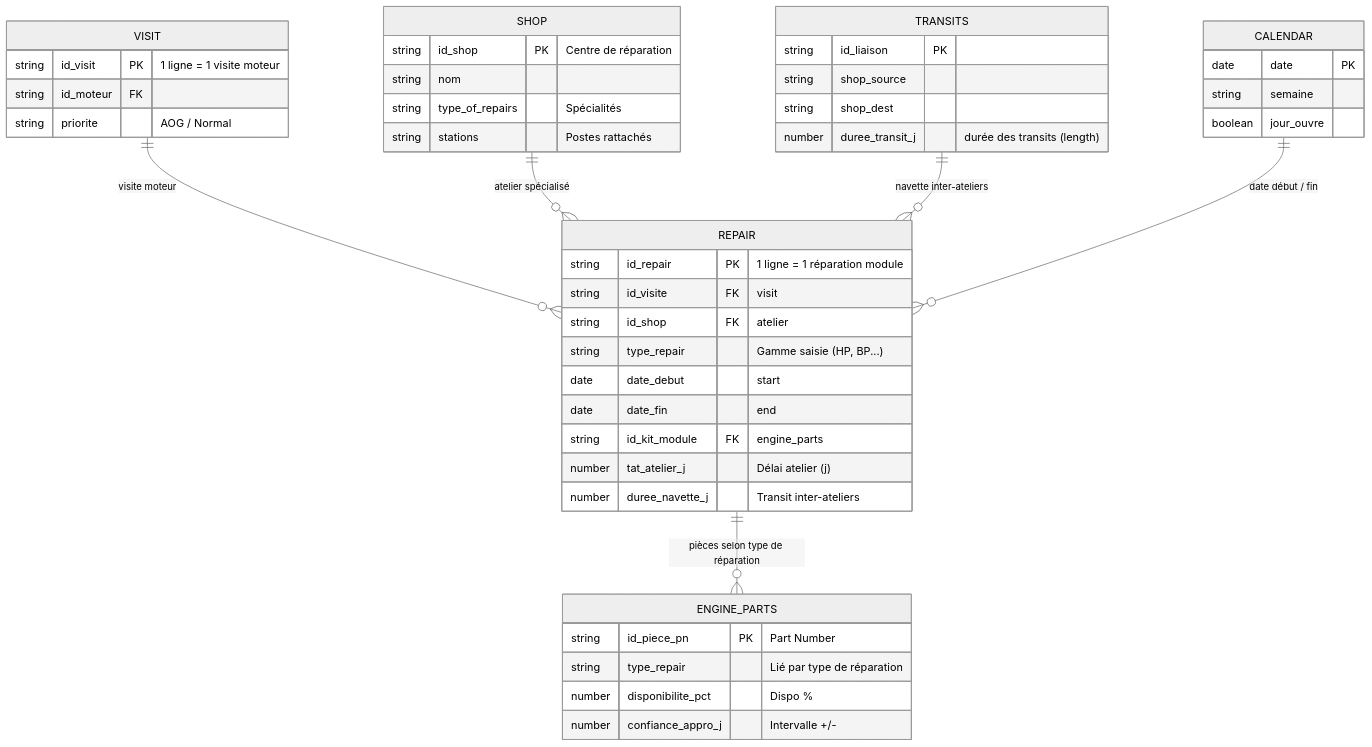
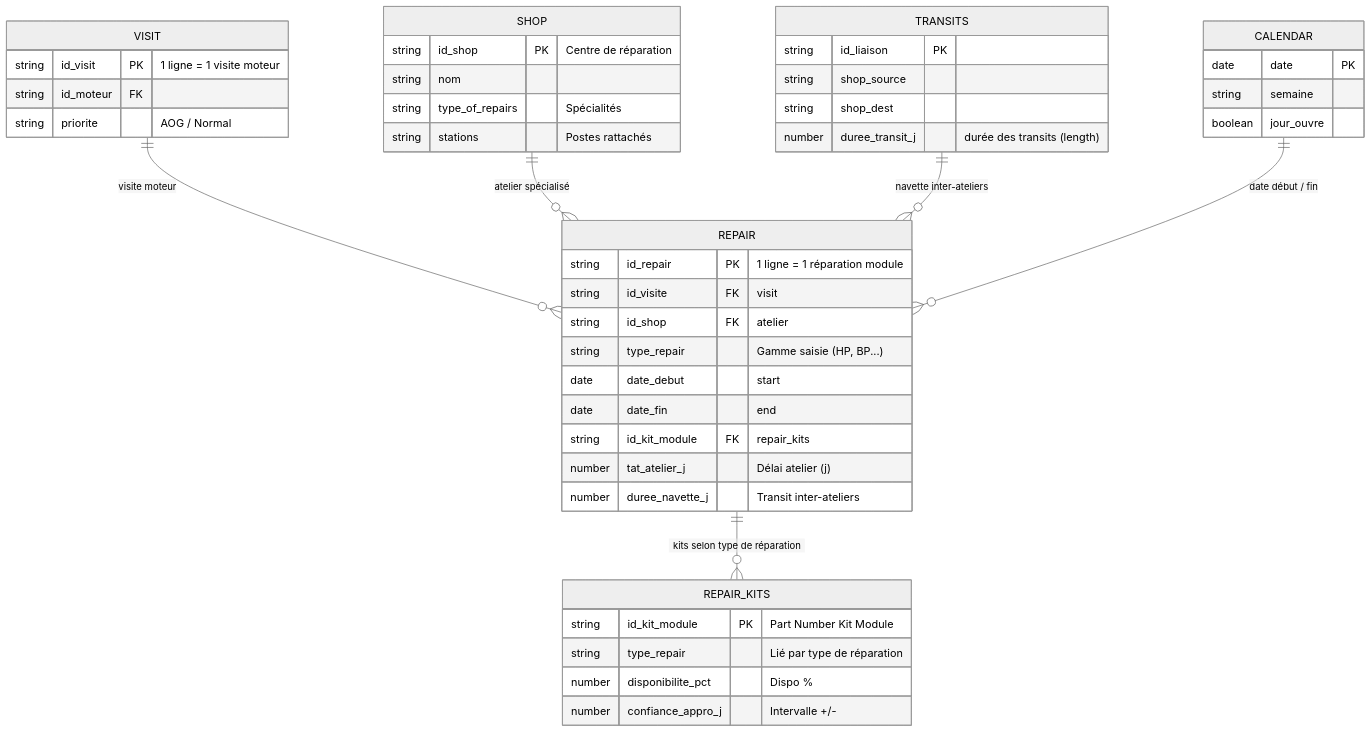
Before and after one commit to quangfr/bimaestro: the third of 12 diagrams in content.md, drawn with Mermaid (neutral theme). The commit also changed other lines of this file and 9 other files, not shown here.

````diff
--- a/content.md
+++ b/content.md
@@ -218,48 +259,48 @@
 ```mermaid
 erDiagram
     VISIT ||--o{ REPAIR : "visite moteur"
     SHOP ||--o{ REPAIR : "atelier spécialisé"
     TRANSITS ||--o{ REPAIR : "navette inter-ateliers"
     CALENDAR ||--o{ REPAIR : "date début / fin"
-    REPAIR ||--o{ ENGINE_PARTS : "pièces selon type de réparation"
+    REPAIR ||--o{ REPAIR_KITS : "kits selon type de réparation"
 
     REPAIR {
         string id_repair PK "1 ligne = 1 réparation module"
         string id_visite FK "visit"
         string id_shop FK "atelier"
         string type_repair "Gamme saisie (HP, BP...)"
         date date_debut "start"
         date date_fin "end"
-        string id_kit_module FK "engine_parts"
+        string id_kit_module FK "repair_kits"
         number tat_atelier_j "Délai atelier (j)"
         number duree_navette_j "Transit inter-ateliers"
     }
     VISIT {
         string id_visit PK "1 ligne = 1 visite moteur"
         string id_moteur FK
         string priorite "AOG / Normal"
     }
     SHOP {
         string id_shop PK "Centre de réparation"
         string nom
         string type_of_repairs "Spécialités"
         string stations "Postes rattachés"
     }
     TRANSITS {
         string id_liaison PK
         string shop_source
         string shop_dest
         number duree_transit_j "durée des transits (length)"
     }
     CALENDAR {
         date date PK
         string semaine
         boolean jour_ouvre
     }
-    ENGINE_PARTS {
-        string id_piece_pn PK "Part Number"
+    REPAIR_KITS {
+        string id_kit_module PK "Part Number Kit Module"
         string type_repair "Lié par type de réparation"
         number disponibilite_pct "Dispo %"
         number confiance_appro_j "Intervalle +/-"
     }
 ```
````
